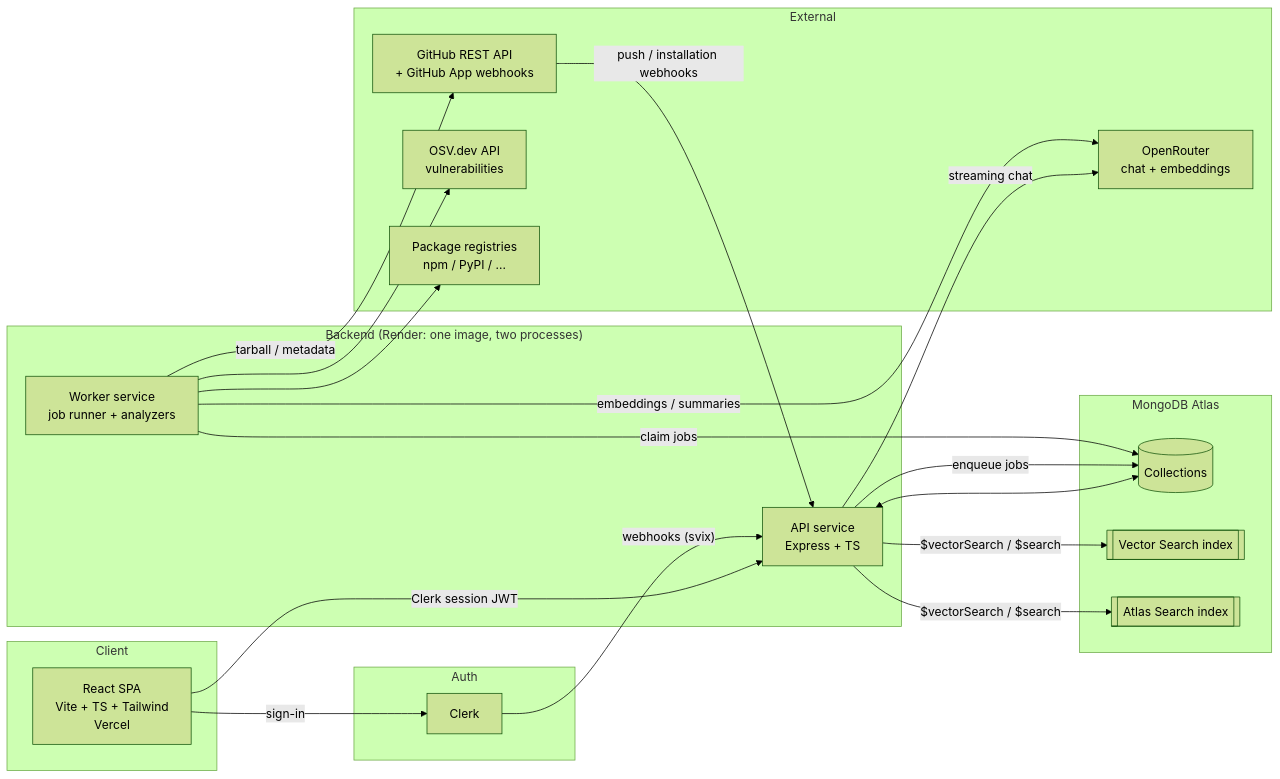
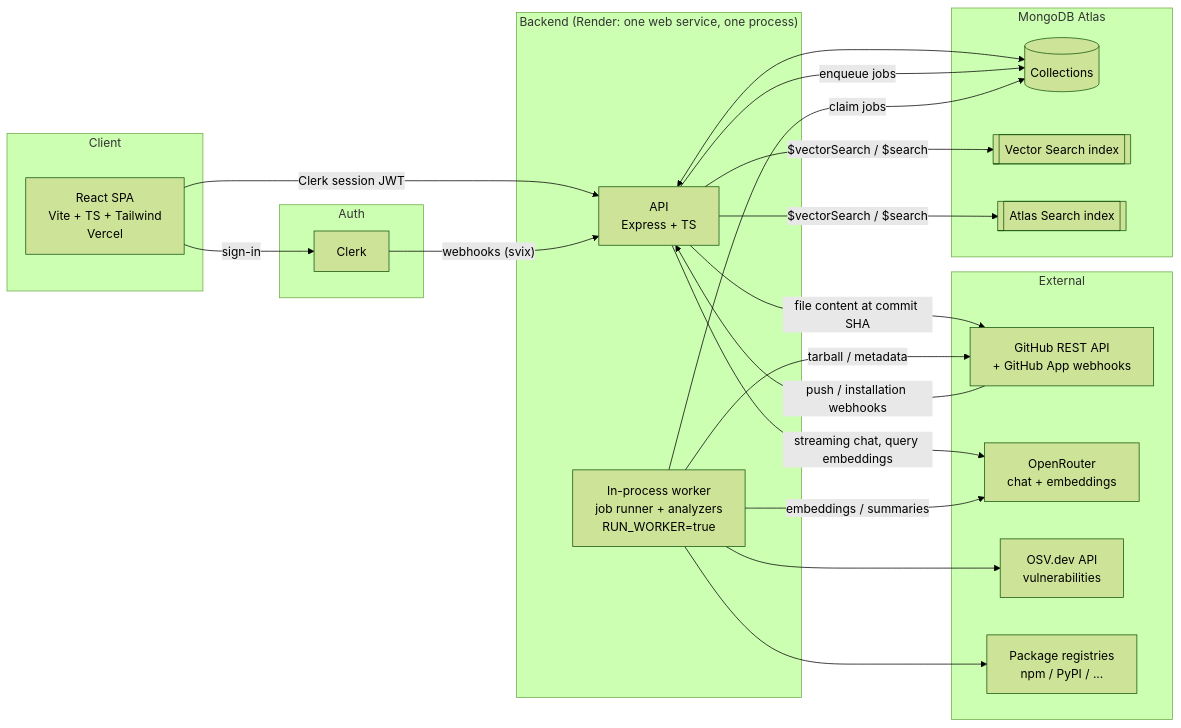
The first of 4 diagrams in docs/ARCHITECTURE.md (rahul-at-dev/RepoPilot-AI), drawn with Mermaid (forest theme) before and after one commit. The commit also changed other lines of this file and 2 other files, not shown here.

Commit message:
docs: apply approved decisions D1-D15 to architecture and plan

````diff
--- a/docs/ARCHITECTURE.md
+++ b/docs/ARCHITECTURE.md
@@ -95,41 +95,42 @@
 ```mermaid
 flowchart LR
   subgraph Client
     W[React SPA<br/>Vite + TS + Tailwind<br/>Vercel]
   end
 
   subgraph Auth
     CL[Clerk]
   end
 
-  subgraph Backend["Backend (Render: one image, two processes)"]
-    API[API service<br/>Express + TS]
-    WK[Worker service<br/>job runner + analyzers]
+  subgraph Backend["Backend (Render: one web service, one process)"]
+    API[API<br/>Express + TS]
+    WK[In-process worker<br/>job runner + analyzers<br/>RUN_WORKER=true]
   end
 
   subgraph Data["MongoDB Atlas"]
     DB[(Collections)]
     VS[[Vector Search index]]
     FTS[[Atlas Search index]]
   end
 
   subgraph External
     GH[GitHub REST API<br/>+ GitHub App webhooks]
     OR[OpenRouter<br/>chat + embeddings]
     OSV[OSV.dev API<br/>vulnerabilities]
     REG[Package registries<br/>npm / PyPI / ...]
   end
 
   W -- Clerk session JWT --> API
   W -- sign-in --> CL
   CL -- webhooks (svix) --> API
   API <--> DB
   API -- $vectorSearch / $search --> VS & FTS
-  API -- streaming chat --> OR
+  API -- streaming chat, query embeddings --> OR
+  API -- file content at commit SHA --> GH
   API -- enqueue jobs --> DB
   WK -- claim jobs --> DB
   WK -- tarball / metadata --> GH
   WK -- embeddings / summaries --> OR
   WK --> OSV & REG
   GH -- push / installation webhooks --> API
 ```
````
